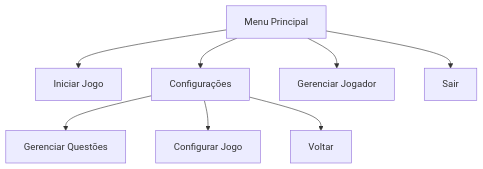
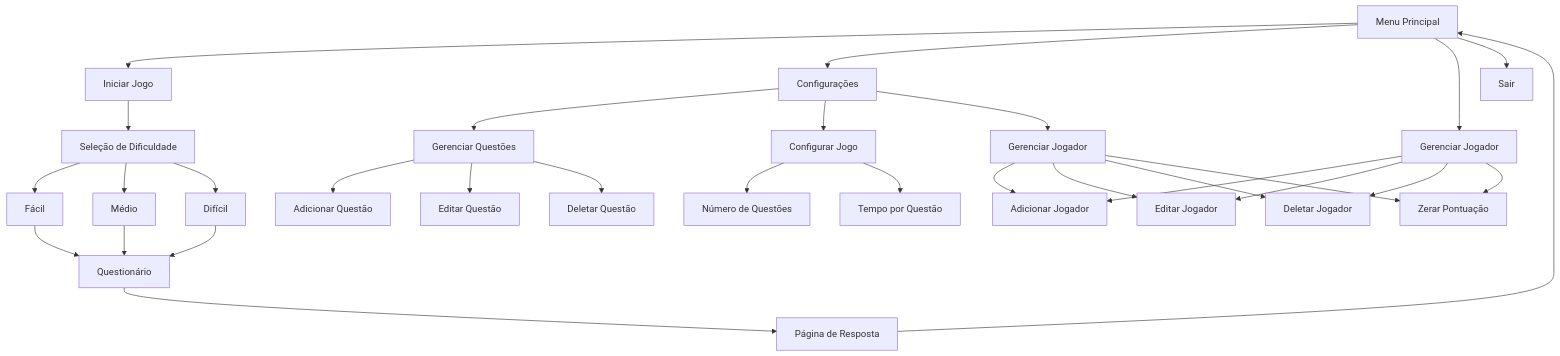
Before and after one commit to DutsTate0213/PerguntasPy: the diagram in README.md, drawn with Mermaid. The commit also changed other lines of this file and 4 other files, not shown here.

````diff
--- a/README.md
+++ b/README.md
@@ -125,10 +162,32 @@
 ```mermaid
 graph TD
     A[Menu Principal] --> B[Iniciar Jogo]
     A --> C[Configurações]
     A --> D[Gerenciar Jogador]
     A --> E[Sair]
-    C --> F[Gerenciar Questões]
-    C --> G[Configurar Jogo]
-    C --> H[Voltar]
+    
+    B --> F[Seleção de Dificuldade]
+    F --> G[Fácil]
+    F --> H[Médio]
+    F --> I[Difícil]
+    
+    G & H & I --> J[Questionário]
+    J --> K[Página de Resposta]
+    K --> A
+    
+    C --> L[Gerenciar Questões]
+    C --> M[Configurar Jogo]
+    C --> N[Gerenciar Jogador]
+    
+    L --> O[Adicionar Questão]
+    L --> P[Editar Questão]
+    L --> Q[Deletar Questão]
+    
+    M --> R[Número de Questões]
+    M --> S[Tempo por Questão]
+    
+    D & N --> T[Adicionar Jogador]
+    D & N --> U[Editar Jogador]
+    D & N --> V[Deletar Jogador]
+    D & N --> W[Zerar Pontuação]
 ```
````
